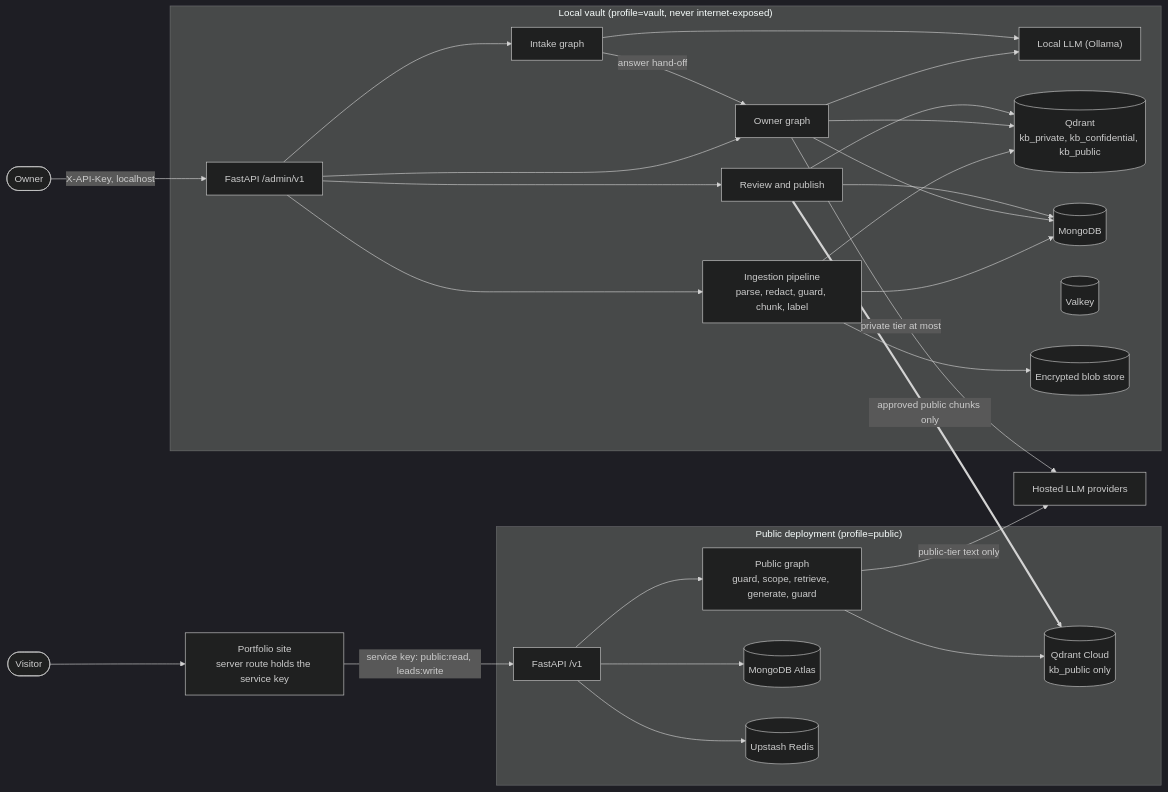
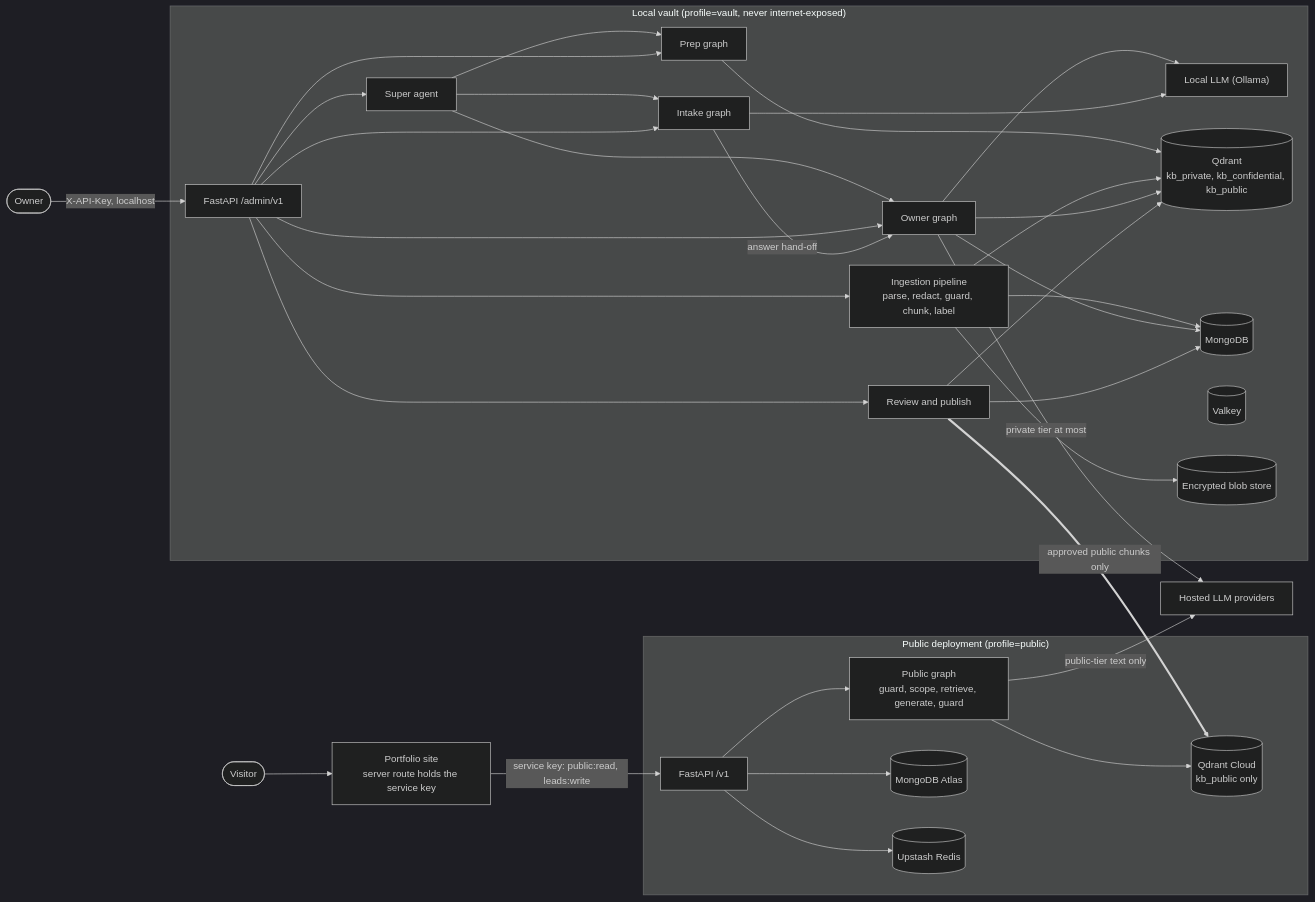
One commit to suryaprakashgiri01/ai-twin changed the first of 3 diagrams in docs/hld.md. Above: the diagram before and after it, drawn with Mermaid (dark theme). The commit also changed other lines of this file and 5 other files, not shown here.

Commit message:
docs: T10 super agent HLD, prep and per-agent models in the docs

````diff
--- a/docs/hld.md
+++ b/docs/hld.md
@@ -28,51 +28,59 @@
 ```mermaid
 flowchart LR
     owner([Owner]) -->|"X-API-Key, localhost"| admin
 
     subgraph vault["Local vault (profile=vault, never internet-exposed)"]
         admin["FastAPI /admin/v1"]
+        superg["Super agent"]
         ownerg["Owner graph"]
         intakeg["Intake graph"]
+        prepg["Prep graph"]
         ingest["Ingestion pipeline<br/>parse, redact, guard, chunk, label"]
         review["Review and publish"]
         ollama["Local LLM (Ollama)"]
         vq[("Qdrant<br/>kb_private, kb_confidential, kb_public")]
         vm[("MongoDB")]
         vr[("Valkey")]
         blob[("Encrypted blob store")]
+        admin --> superg
+        superg --> ownerg
+        superg --> intakeg
+        superg --> prepg
         admin --> ownerg
         admin --> intakeg
+        admin --> prepg
+        prepg --> vq
         admin --> ingest
         admin --> review
         intakeg -->|"answer hand-off"| ownerg
         ingest --> blob
         ingest --> vq
         ingest --> vm
         ownerg --> vq
         ownerg --> vm
         ownerg --> ollama
         intakeg --> ollama
         review --> vq
         review --> vm
     end
 
     review ==>|"approved public chunks only"| cq
 
     visitor([Visitor]) --> portfolio["Portfolio site<br/>server route holds the service key"]
     portfolio -->|"service key: public:read, leads:write"| papi
 
     subgraph cloud["Public deployment (profile=public)"]
         papi["FastAPI /v1"]
         pubg["Public graph<br/>guard, scope, retrieve, generate, guard"]
         cq[("Qdrant Cloud<br/>kb_public only")]
         cm[("MongoDB Atlas")]
         cr[("Upstash Redis")]
         papi --> pubg
         pubg --> cq
         papi --> cm
         papi --> cr
     end
 
     pubg -->|"public-tier text only"| llm["Hosted LLM providers"]
     ownerg -->|"private tier at most"| llm
 ```
````
